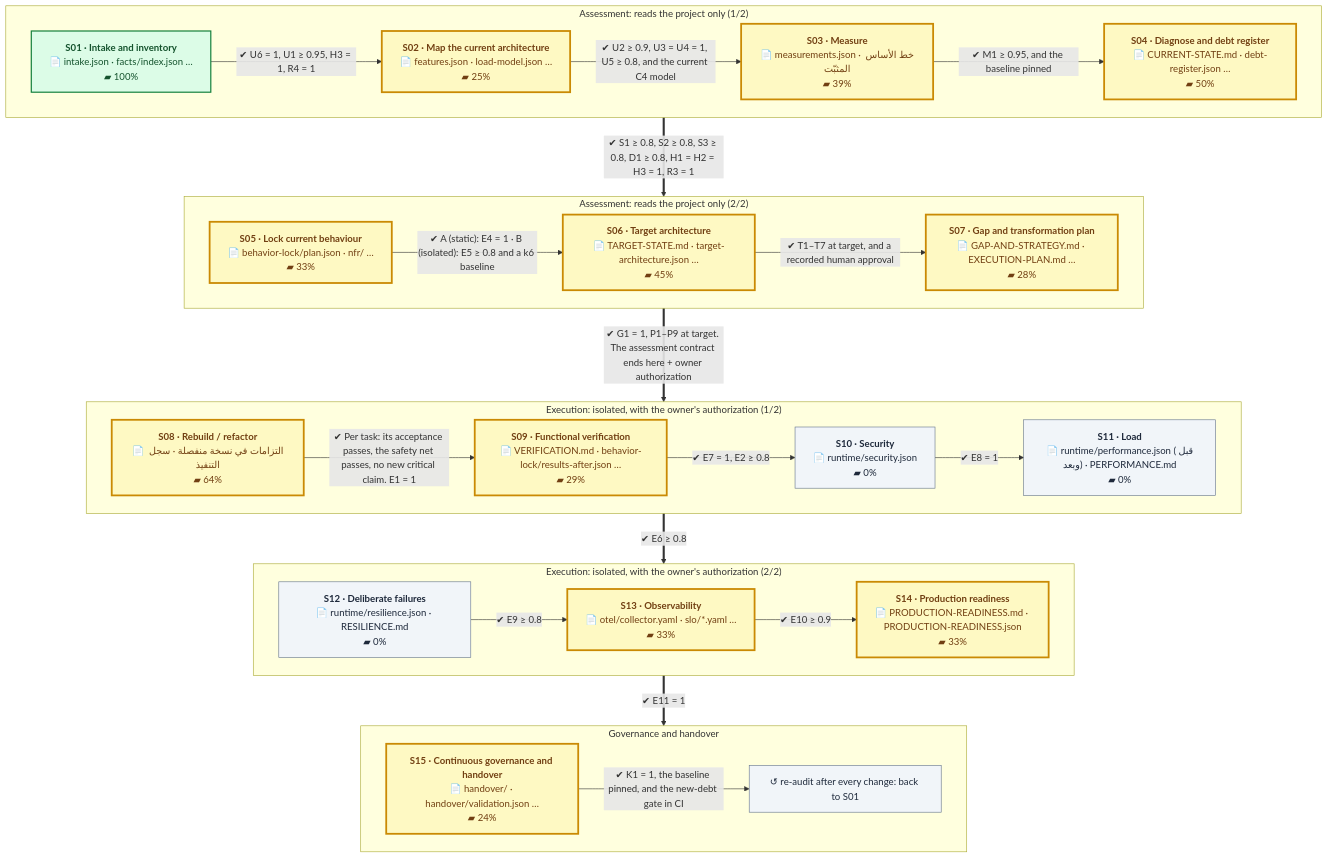
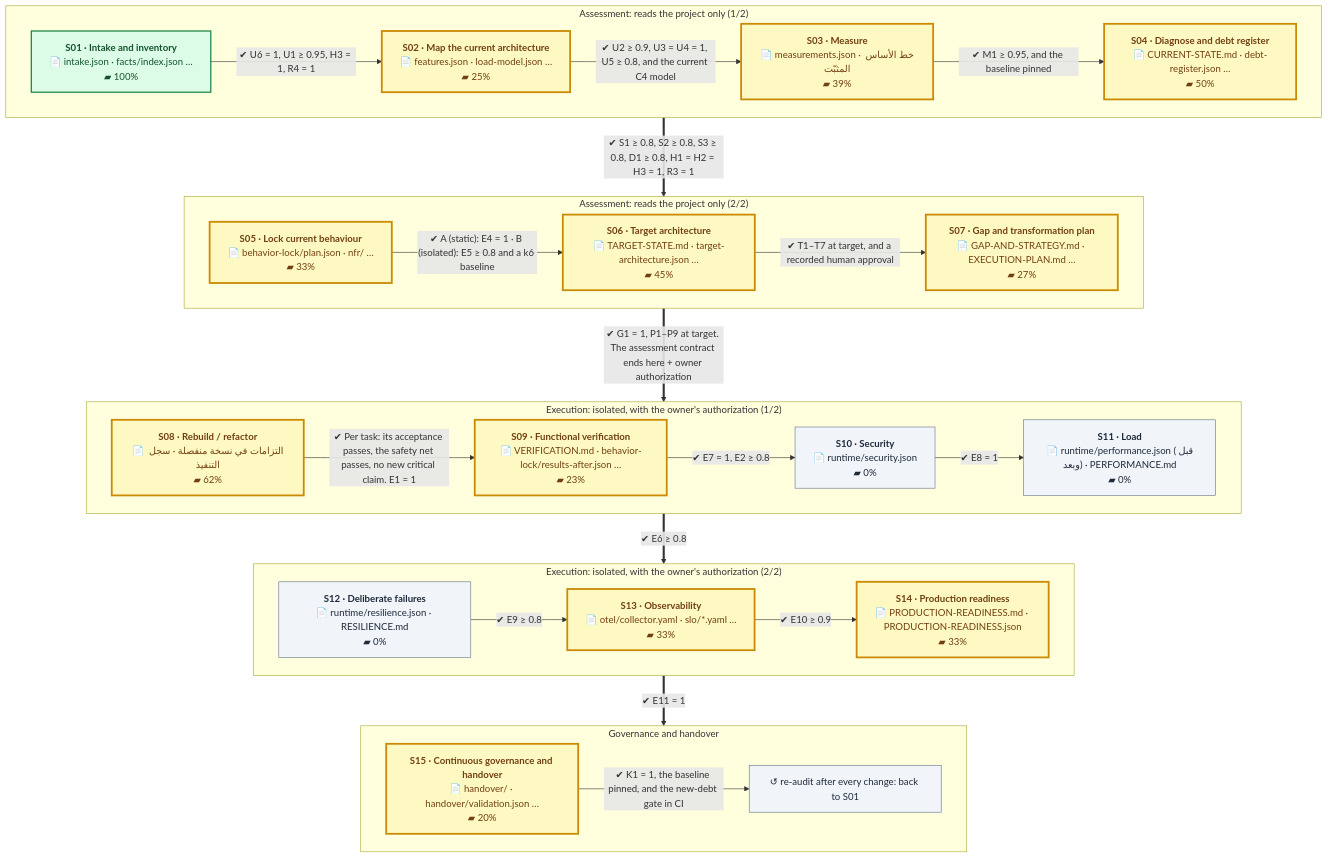
The first of 2 diagrams in README.en.md (eom1417/engineering-audit-os), drawn with Mermaid before and after one commit. The commit also changed other lines of this file and 25 other files, not shown here.

````diff
--- a/README.en.md
+++ b/README.en.md
@@ -52,54 +52,54 @@
 ```mermaid
 %%{init: {'flowchart': {'wrappingWidth': 260, 'nodeSpacing': 40, 'rankSpacing': 60}}}%%
 flowchart TB
     subgraph P1["Assessment: reads the project only (1/2)"]
         direction LR
         S01["<b>S01 · Intake and inventory</b><br/>📄 intake.json · facts/index.json …<br/>▰ 100%"]:::done
         S02["<b>S02 · Map the current architecture</b><br/>📄 features.json · load-model.json …<br/>▰ 25%"]:::current
         S03["<b>S03 · Measure</b><br/>📄 measurements.json · خط الأساس المثبّت<br/>▰ 39%"]:::current
         S04["<b>S04 · Diagnose and debt register</b><br/>📄 CURRENT-STATE.md · debt-register.json …<br/>▰ 50%"]:::current
         S01 -->|"✔ U6 = 1, U1 ≥ 0.95, H3 = 1, R4 = 1"| S02
         S02 -->|"✔ U2 ≥ 0.9, U3 = U4 = 1, U5 ≥ 0.8, and the current C4 model"| S03
         S03 -->|"✔ M1 ≥ 0.95, and the baseline pinned"| S04
     end
     subgraph P2["Assessment: reads the project only (2/2)"]
         direction LR
         S05["<b>S05 · Lock current behaviour</b><br/>📄 behavior-lock/plan.json · nfr/ …<br/>▰ 33%"]:::current
         S06["<b>S06 · Target architecture</b><br/>📄 TARGET-STATE.md · target-architecture.json …<br/>▰ 45%"]:::current
-        S07["<b>S07 · Gap and transformation plan</b><br/>📄 GAP-AND-STRATEGY.md · EXECUTION-PLAN.md …<br/>▰ 28%"]:::current
+        S07["<b>S07 · Gap and transformation plan</b><br/>📄 GAP-AND-STRATEGY.md · EXECUTION-PLAN.md …<br/>▰ 27%"]:::current
         S05 -->|"✔ A (static): E4 = 1 · B (isolated): E5 ≥ 0.8 and a k6 baseline"| S06
         S06 -->|"✔ T1–T7 at target, and a recorded human approval"| S07
     end
     subgraph P3["Execution: isolated, with the owner's authorization (1/2)"]
         direction LR
-        S08["<b>S08 · Rebuild / refactor</b><br/>📄 التزامات في نسخة منفصلة · سجل التنفيذ<br/>▰ 64%"]:::current
-        S09["<b>S09 · Functional verification</b><br/>📄 VERIFICATION.md · behavior-lock/results-after.json …<br/>▰ 29%"]:::current
+        S08["<b>S08 · Rebuild / refactor</b><br/>📄 التزامات في نسخة منفصلة · سجل التنفيذ<br/>▰ 62%"]:::current
+        S09["<b>S09 · Functional verification</b><br/>📄 VERIFICATION.md · behavior-lock/results-after.json …<br/>▰ 23%"]:::current
         S10["<b>S10 · Security</b><br/>📄 runtime/security.json<br/>▰ 0%"]:::next
         S11["<b>S11 · Load</b><br/>📄 runtime/performance.json (قبل وبعد) · PERFORMANCE.md<br/>▰ 0%"]:::next
         S08 -->|"✔ Per task: its acceptance passes, the safety net passes, no new critical claim. E1 = 1"| S09
         S09 -->|"✔ E7 = 1, E2 ≥ 0.8"| S10
         S10 -->|"✔ E8 = 1"| S11
     end
     subgraph P4["Execution: isolated, with the owner's authorization (2/2)"]
         direction LR
         S12["<b>S12 · Deliberate failures</b><br/>📄 runtime/resilience.json · RESILIENCE.md<br/>▰ 0%"]:::next
         S13["<b>S13 · Observability</b><br/>📄 otel/collector.yaml · slo/*.yaml …<br/>▰ 33%"]:::current
         S14["<b>S14 · Production readiness</b><br/>📄 PRODUCTION-READINESS.md · PRODUCTION-READINESS.json<br/>▰ 33%"]:::current
         S12 -->|"✔ E9 ≥ 0.8"| S13
         S13 -->|"✔ E10 ≥ 0.9"| S14
     end
     subgraph P5["Governance and handover"]
         direction LR
-        S15["<b>S15 · Continuous governance and handover</b><br/>📄 handover/ · handover/validation.json …<br/>▰ 24%"]:::current
+        S15["<b>S15 · Continuous governance and handover</b><br/>📄 handover/ · handover/validation.json …<br/>▰ 20%"]:::current
         LOOP["↺ re-audit after every change: back to S01"]:::next
         S15 -->|"✔ K1 = 1, the baseline pinned, and the new-debt gate in CI"| LOOP
     end
     P1 ==>|"✔ S1 ≥ 0.8, S2 ≥ 0.8, S3 ≥ 0.8, D1 ≥ 0.8, H1 = H2 = H3 = 1, R3 = 1"| P2
     P2 ==>|"✔ G1 = 1, P1–P9 at target. The assessment contract ends here + owner authorization"| P3
     P3 ==>|"✔ E6 ≥ 0.8"| P4
     P4 ==>|"✔ E11 = 1"| P5
     classDef done fill:#dcfce7,stroke:#15803d,color:#14532d,stroke-width:2px
     classDef current fill:#fef9c3,stroke:#ca8a04,color:#713f12,stroke-width:3px
     classDef next fill:#f1f5f9,stroke:#64748b,color:#1e293b
     classDef owner fill:#fee2e2,stroke:#b91c1c,color:#7f1d1d,stroke-dasharray:5 3
 ```
````
